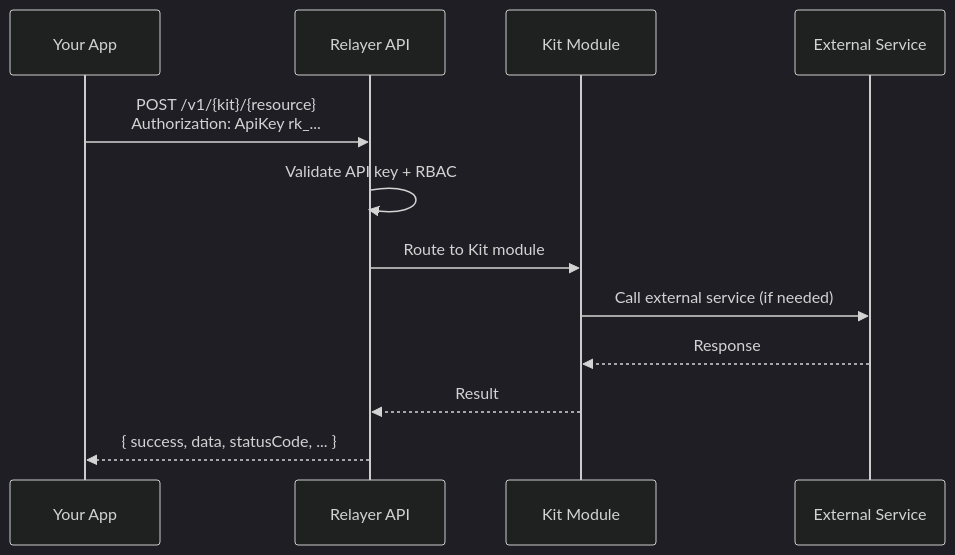
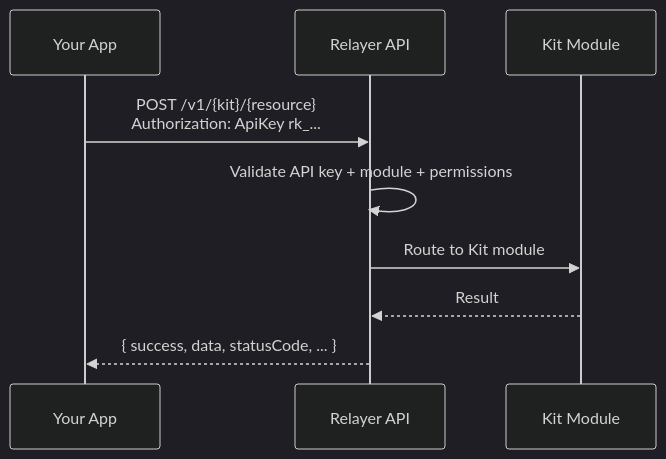
One commit to SherryLabs/docs changed the second of 2 diagrams in shared/architecture.mdx. Above: the diagram before and after it, drawn with Mermaid (dark theme). The commit also changed other lines of this file and 3 other files, not shown here.

First line of the commit message:
docs(shared): add Auth & Custody model + scrub architecture/glossary/errors

````diff
--- a/shared/architecture.mdx
+++ b/shared/architecture.mdx
@@ -62,15 +45,12 @@
 ```mermaid
 sequenceDiagram
     participant App as Your App
     participant API as Relayer API
     participant Kit as Kit Module
-    participant Infra as External Service
 
     App->>API: POST /v1/{kit}/{resource}<br/>Authorization: ApiKey rk_...
-    API->>API: Validate API key + RBAC
+    API->>API: Validate API key + module + permissions
     API->>Kit: Route to Kit module
-    Kit->>Infra: Call external service (if needed)
-    Infra-->>Kit: Response
     Kit-->>API: Result
     API-->>App: { success, data, statusCode, ... }
 ```
````
